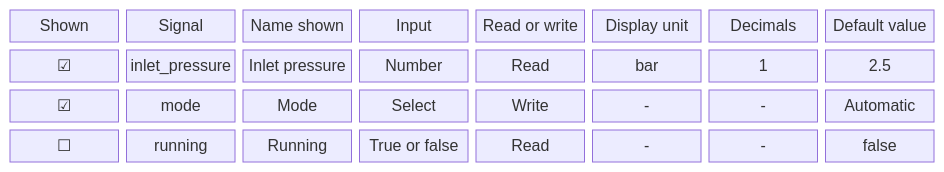
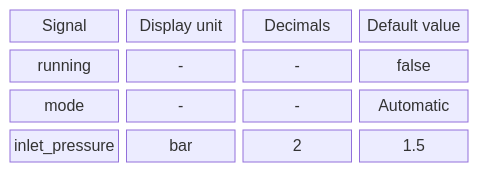
Before and after one commit to AlexandreGallais/synoptic-studio-spec: the second of 6 diagrams in metadata/09-presets.md, drawn with Mermaid. The commit also changed other lines of this file and 13 other files, not shown here.

````diff
--- a/metadata/09-presets.md
+++ b/metadata/09-presets.md
@@ -81,8 +61,8 @@
 ```mermaid
 block-beta
-    columns 8
-    h1["Shown"] h2["Signal"] h0["Name shown"] h3["Input"] h4["Read or write"] h5["Display unit"] h6["Decimals"] h7["Default value"]
-    a1["☑"] a2["inlet_pressure"] a0["Inlet pressure"] a3["Number"] a4["Read"] a5["bar"] a6["1"] a7["2.5"]
-    b1["☑"] b2["mode"] b0["Mode"] b3["Select"] b4["Write"] b5["-"] b6["-"] b7["Automatic"]
-    c1["☐"] c2["running"] c0["Running"] c3["True or false"] c4["Read"] c5["-"] c6["-"] c7["false"]
+    columns 4
+    h1["Signal"] h2["Display unit"] h3["Decimals"] h4["Default value"]
+    a1["running"] a2["-"] a3["-"] a4["false"]
+    b1["mode"] b2["-"] b3["-"] b4["Automatic"]
+    c1["inlet_pressure"] c2["bar"] c3["2"] c4["1.5"]
 ```
````
